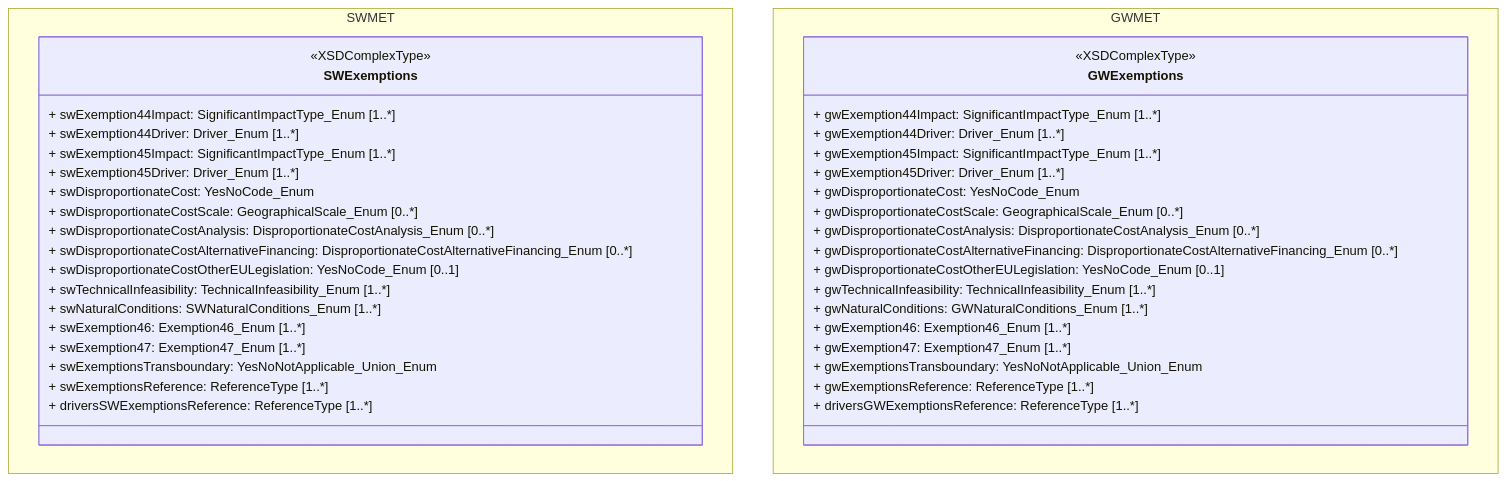
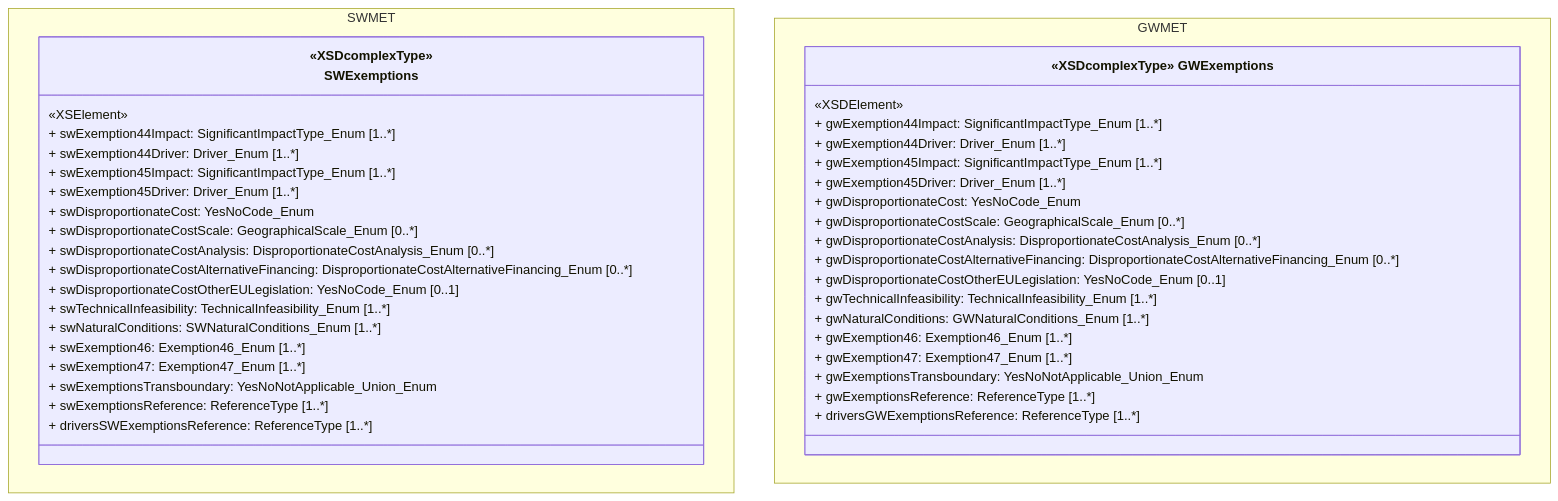
One commit to eeadata/WISE.WFD.Documentation changed the first of 9 diagrams in docs/DataModelReview/WFDExemptions.md. Above: the diagram before and after it, drawn with Mermaid. The commit also changed other lines of this file and 7 other files, not shown here.

Commit message:
Proposed changes for the WFD Exemptions - now with the diagrams.

````diff
--- a/docs/DataModelReview/WFDExemptions.md
+++ b/docs/DataModelReview/WFDExemptions.md
@@ -12,46 +12,51 @@
 ```{mermaid}
+:name: SWExemptions_GWExemptions
+:caption: SWExemptions and GWExemptions - 3rd cycle [no longer requested]
+:align: center
+
 classDiagram 
 namespace SWMET{
-class SWExemptions <<XSDComplexType>> {
-  <<XSElement>>
+class SWExemptions ["«XSDcomplexType»
+SWExemptions"]{
+  «XSElement»
   + swExemption44Impact: SignificantImpactType_Enum [1..*]
   + swExemption44Driver: Driver_Enum [1..*]
   + swExemption45Impact: SignificantImpactType_Enum [1..*]
   + swExemption45Driver: Driver_Enum [1..*]
   + swDisproportionateCost: YesNoCode_Enum
   + swDisproportionateCostScale: GeographicalScale_Enum [0..*]
   + swDisproportionateCostAnalysis: DisproportionateCostAnalysis_Enum [0..*]
   + swDisproportionateCostAlternativeFinancing: DisproportionateCostAlternativeFinancing_Enum [0..*]
   + swDisproportionateCostOtherEULegislation: YesNoCode_Enum [0..1]
   + swTechnicalInfeasibility: TechnicalInfeasibility_Enum [1..*]
   + swNaturalConditions: SWNaturalConditions_Enum [1..*]
   + swExemption46: Exemption46_Enum [1..*]
   + swExemption47: Exemption47_Enum [1..*]
   + swExemptionsTransboundary: YesNoNotApplicable_Union_Enum
   + swExemptionsReference: ReferenceType [1..*]
   + driversSWExemptionsReference: ReferenceType [1..*]
 }
 }
 namespace GWMET{
-class GWExemptions <<XSDComplexType>> {
-  <<XSDElement>>
+class GWExemptions["«XSDcomplexType» GWExemptions"]{
+  «XSDElement»
   + gwExemption44Impact: SignificantImpactType_Enum [1..*]
   + gwExemption44Driver: Driver_Enum [1..*]
   + gwExemption45Impact: SignificantImpactType_Enum [1..*]
   + gwExemption45Driver: Driver_Enum [1..*]
   + gwDisproportionateCost: YesNoCode_Enum
   + gwDisproportionateCostScale: GeographicalScale_Enum [0..*]
   + gwDisproportionateCostAnalysis: DisproportionateCostAnalysis_Enum [0..*]
   + gwDisproportionateCostAlternativeFinancing: DisproportionateCostAlternativeFinancing_Enum [0..*]
   + gwDisproportionateCostOtherEULegislation: YesNoCode_Enum [0..1]
   + gwTechnicalInfeasibility: TechnicalInfeasibility_Enum [1..*]
   + gwNaturalConditions: GWNaturalConditions_Enum [1..*]
   + gwExemption46: Exemption46_Enum [1..*]
   + gwExemption47: Exemption47_Enum [1..*]
   + gwExemptionsTransboundary: YesNoNotApplicable_Union_Enum
   + gwExemptionsReference: ReferenceType [1..*]
   + driversGWExemptionsReference: ReferenceType [1..*]
 }
 }
 
 ```
````
